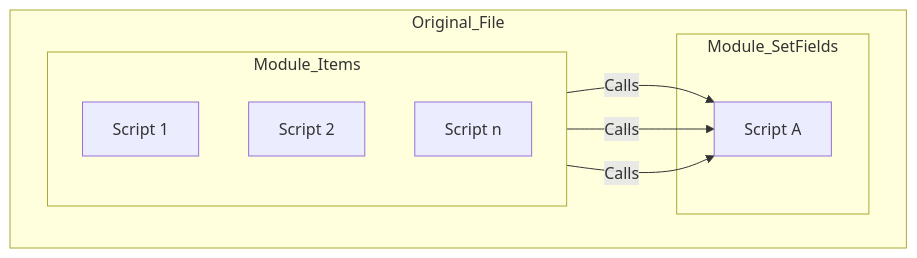
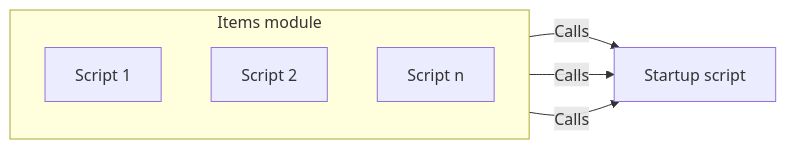
Before and after one commit to CloudChi/FX-Framework: the first of 4 diagrams in Dependencies.md, drawn with Mermaid. The commit also changed other lines of this file, not shown here.

````diff
--- a/Dependencies.md
+++ b/Dependencies.md
@@ -18,18 +18,14 @@
 ```mermaid
 graph LR
-    subgraph Original_File
         direction LR
-        subgraph Module_Items
+        subgraph Items module
             direction TB
             A[Script 1]
             B[Script 2]
             C[Script n]
         end
-        subgraph Module_SetFields
-            D[Script A]
-        end
+            D[Startup script]
         A --Calls--> D
         B --Calls--> D
         C --Calls--> D
-    end
 ```
````
